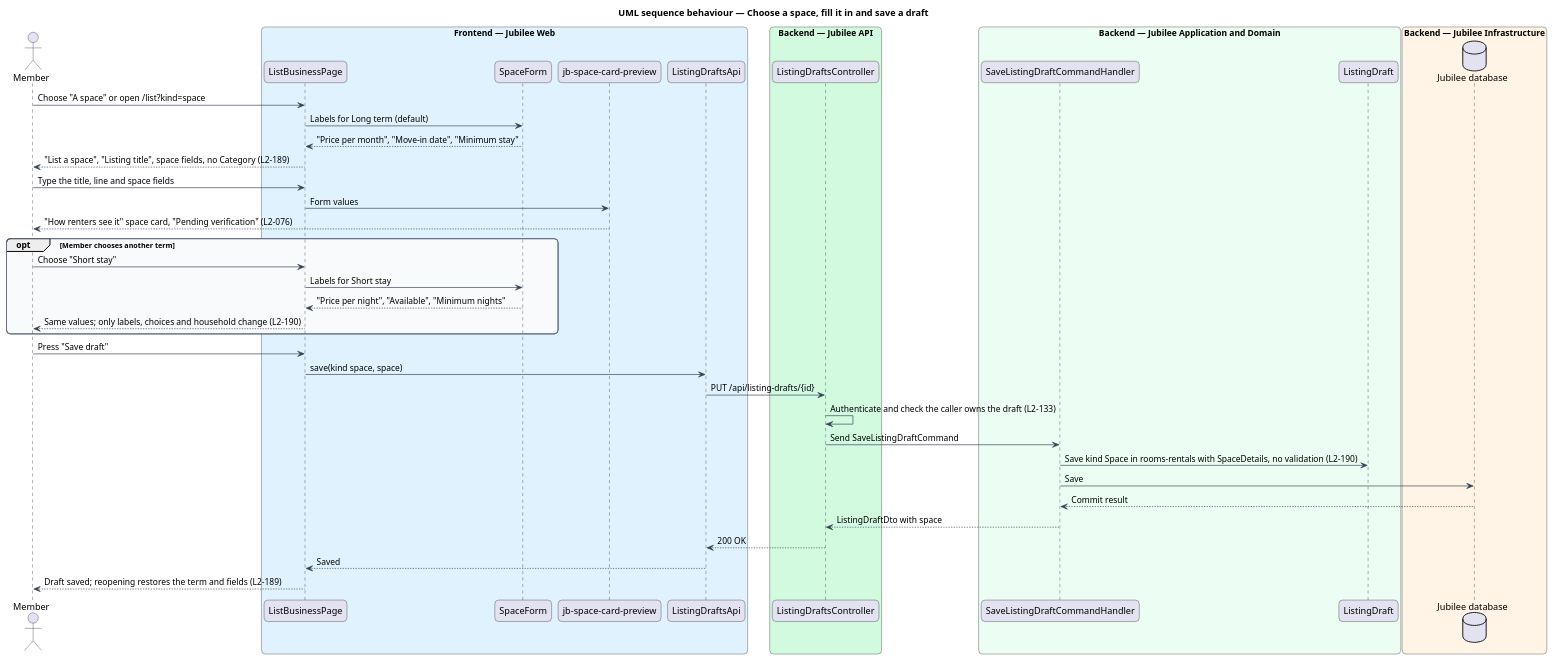
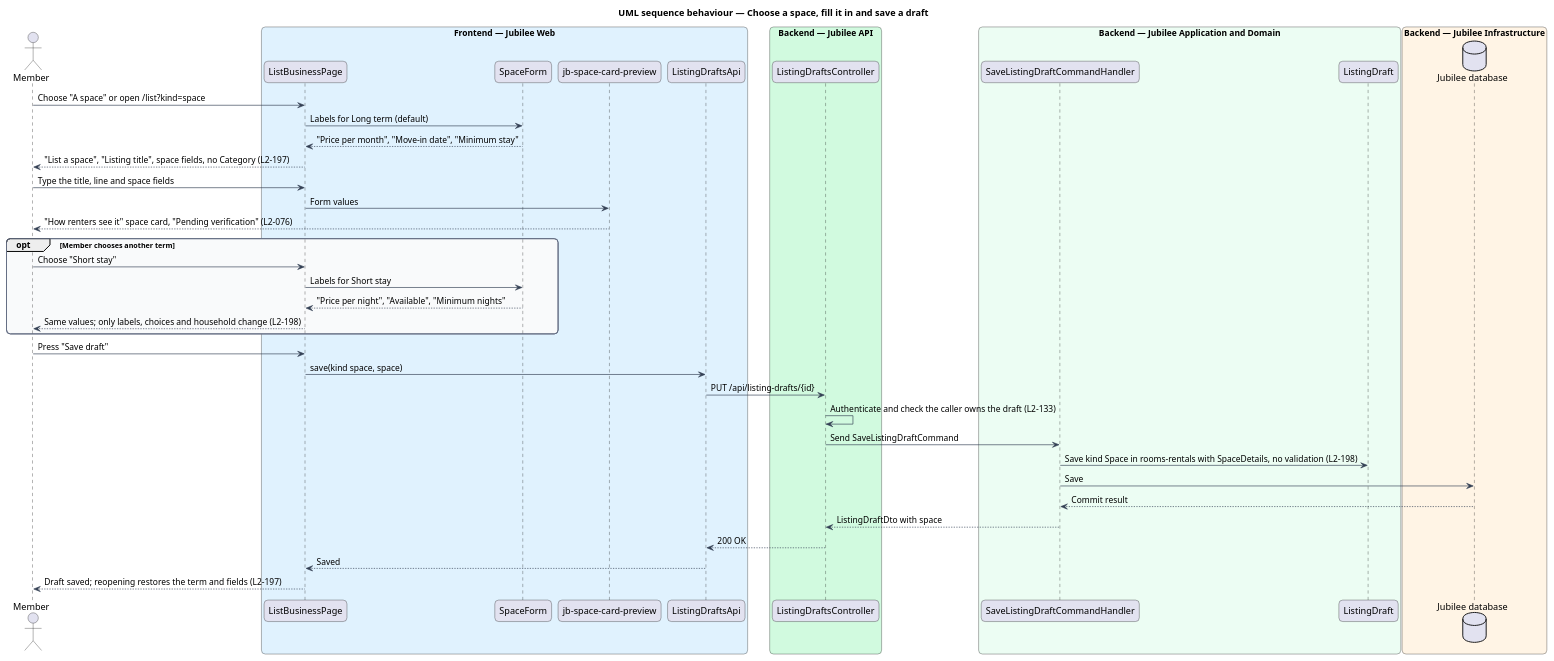
The diagram in docs/detailed-designs/onboarding/describe-space/diagrams/sequence-describe-space.puml (QuinntyneBrown/jubilee), drawn with PlantUML before and after one commit. The commit also changed 176 other files, not shown here.

First line of the commit message:
Renumber rooms and rentals after the admin application took L1-027

```diff
--- a/docs/detailed-designs/onboarding/describe-space/diagrams/sequence-describe-space.puml
+++ b/docs/detailed-designs/onboarding/describe-space/diagrams/sequence-describe-space.puml
@@ -1,59 +1,59 @@
 @startuml
 title UML sequence behaviour — Choose a space, fill it in and save a draft
 skinparam backgroundColor #FFFFFF
 skinparam shadowing false
 skinparam roundcorner 12
 skinparam defaultFontName Arial
 skinparam ArrowColor #344054
 skinparam rectangle {
   BorderColor #344054
   FontColor #101828
 }
 skinparam package {
   BorderColor #667085
   FontColor #101828
   BackgroundColor #F9FAFB
 }
 actor "Member" as actor
 box "Frontend — Jubilee Web" #E0F2FE
   participant "ListBusinessPage" as page
   participant "SpaceForm" as rules
   participant "jb-space-card-preview" as preview
   participant "ListingDraftsApi" as client
 end box
 box "Backend — Jubilee API" #D1FADF
   participant "ListingDraftsController" as controller
 end box
 box "Backend — Jubilee Application and Domain" #ECFDF3
   participant "SaveListingDraftCommandHandler" as handler
   participant "ListingDraft" as draft
 end box
 box "Backend — Jubilee Infrastructure" #FFF4E5
   database "Jubilee database" as db
 end box
 actor -> page : Choose "A space" or open /list?kind=space
 page -> rules : Labels for Long term (default)
 rules --> page : "Price per month", "Move-in date", "Minimum stay"
-page --> actor : "List a space", "Listing title", space fields, no Category (L2-189)
+page --> actor : "List a space", "Listing title", space fields, no Category (L2-197)
 actor -> page : Type the title, line and space fields
 page -> preview : Form values
 preview --> actor : "How renters see it" space card, "Pending verification" (L2-076)
 opt Member chooses another term
   actor -> page : Choose "Short stay"
   page -> rules : Labels for Short stay
   rules --> page : "Price per night", "Available", "Minimum nights"
-  page --> actor : Same values; only labels, choices and household change (L2-190)
+  page --> actor : Same values; only labels, choices and household change (L2-198)
 end
 actor -> page : Press "Save draft"
 page -> client : save(kind space, space)
 client -> controller : PUT /api/listing-drafts/{id}
 controller -> controller : Authenticate and check the caller owns the draft (L2-133)
 controller -> handler : Send SaveListingDraftCommand
-handler -> draft : Save kind Space in rooms-rentals with SpaceDetails, no validation (L2-190)
+handler -> draft : Save kind Space in rooms-rentals with SpaceDetails, no validation (L2-198)
 handler -> db : Save
 db --> handler : Commit result
 handler --> controller : ListingDraftDto with space
 controller --> client : 200 OK
 client --> page : Saved
-page --> actor : Draft saved; reopening restores the term and fields (L2-189)
+page --> actor : Draft saved; reopening restores the term and fields (L2-197)
 @enduml
```
